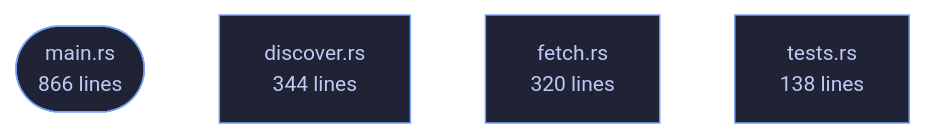
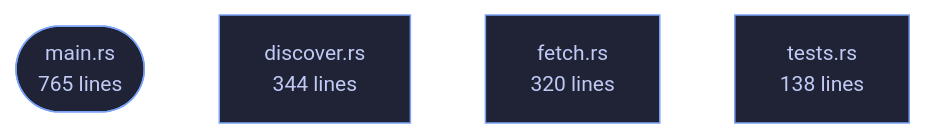
The diagram in crates/veilvoice-verify/README.md (tilas01/veilvoice), drawn with Mermaid before and after one commit. The commit also changed other lines of this file and 62 other files, not shown here.

````diff
--- a/crates/veilvoice-verify/README.md
+++ b/crates/veilvoice-verify/README.md
@@ -79,12 +79,12 @@
 ```mermaid
 %%{init: {"theme":"base","themeVariables":{"background":"#1a1b26","primaryColor":"#1f2335","primaryTextColor":"#c0caf5","primaryBorderColor":"#7aa2f7","secondaryColor":"#16161e","tertiaryColor":"#16161e","lineColor":"#737aa2","textColor":"#c0caf5","mainBkg":"#1f2335","nodeBorder":"#7aa2f7","clusterBkg":"#16161e","clusterBorder":"#2f3549","fontFamily":"ui-monospace, SFMono-Regular, Consolas, monospace","fontSize":"14px"}}}%%
 flowchart TD
-    n_main(["main.rs<br/>866 lines"])
+    n_main(["main.rs<br/>765 lines"])
     n_discover["discover.rs<br/>344 lines"]
     n_fetch["fetch.rs<br/>320 lines"]
     n_tests["tests.rs<br/>138 lines"]
     click n_main href "https://github.com/tilas01/veilvoice/blob/main/crates/veilvoice-verify/src/main.rs" "open the source"
     click n_discover href "https://github.com/tilas01/veilvoice/blob/main/crates/veilvoice-verify/src/discover.rs" "open the source"
     click n_fetch href "https://github.com/tilas01/veilvoice/blob/main/crates/veilvoice-verify/src/fetch.rs" "open the source"
     click n_tests href "https://github.com/tilas01/veilvoice/blob/main/crates/veilvoice-verify/src/tests.rs" "open the source"
 ```
````
